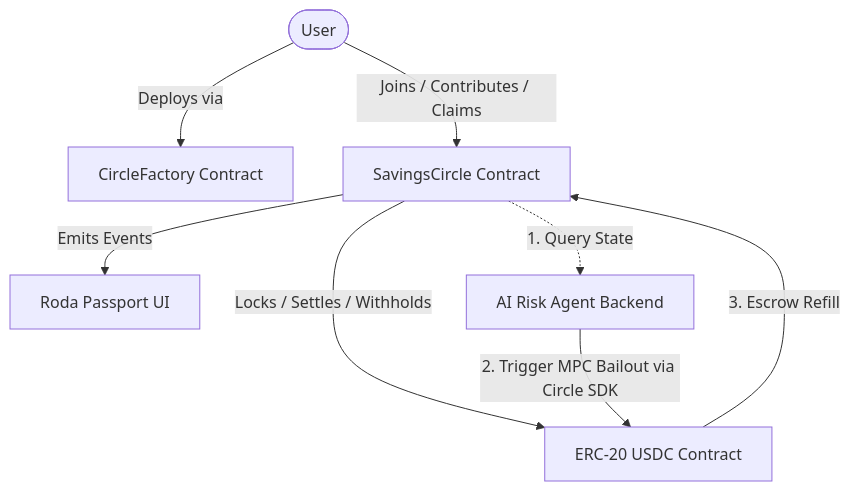
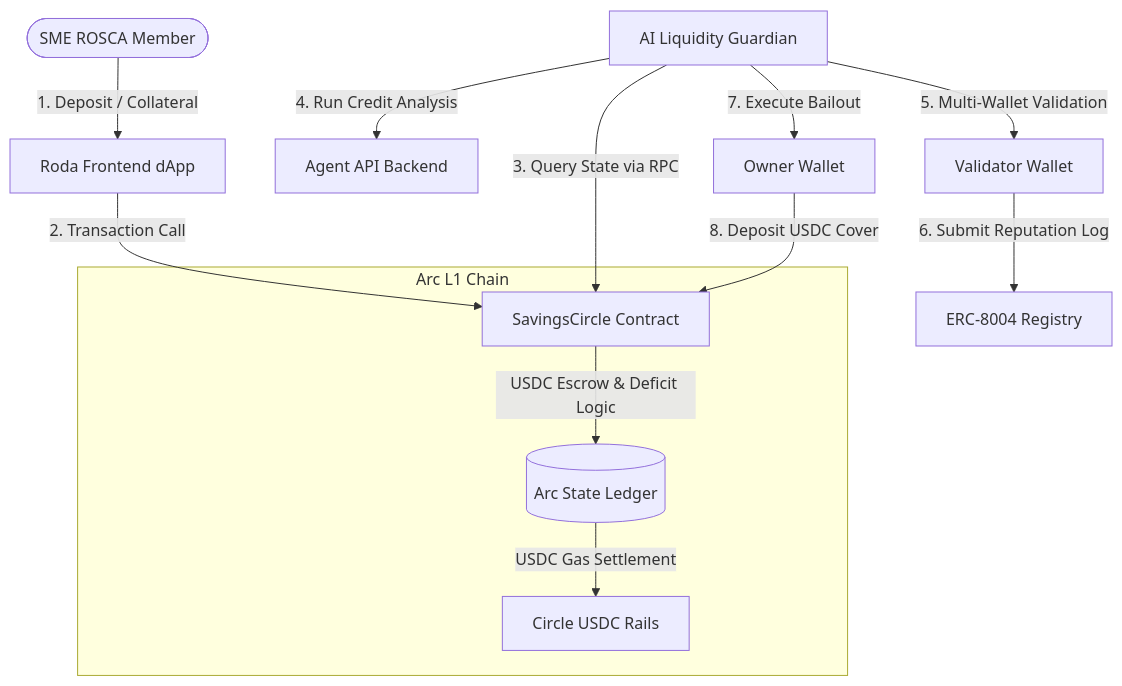
One commit to Lesnak1/Roda changed the diagram in README.md. Above: the diagram before and after it, drawn with Mermaid. The commit also changed other lines of this file and 7 other files, not shown here.

````diff
--- a/README.md
+++ b/README.md
@@ -35,18 +36,19 @@
 ```mermaid
-flowchart TD
-    User([User])
-    Factory[CircleFactory Contract]
-    Circle[SavingsCircle Contract]
-    USDC[ERC-20 USDC Contract]
-    Rep[Roda Passport UI]
-    AIAgent[AI Risk Agent Backend]
+graph TD
+    User([SME ROSCA Member]) -->|1. Deposit / Collateral| WebApp[Roda Frontend dApp]
+    WebApp -->|2. Transaction Call| Circle[SavingsCircle Contract]
+    
+    subgraph Arc L1 Chain
+        Circle -->|USDC Escrow & Deficit Logic| Ledger[(Arc State Ledger)]
+        Ledger -->|USDC Gas Settlement| CircleSDK[Circle USDC Rails]
+    end
 
-    User -->|Deploys via| Factory
-    User -->|Joins / Contributes / Claims| Circle
-    Circle -->|Locks / Settles / Withholds| USDC
-    Circle -->|Emits Events| Rep
+    AIAgent[AI Liquidity Guardian] -->|3. Query State via RPC| Circle
+    AIAgent -->|4. Run Credit Analysis| Backend[Agent API Backend]
     
-    Circle -.->|1. Query State| AIAgent
-    AIAgent -->|2. Trigger MPC Bailout via Circle SDK| USDC
-    USDC -->|3. Escrow Refill| Circle
+    AIAgent -->|5. Multi-Wallet Validation| ValidWallet[Validator Wallet]
+    ValidWallet -->|6. Submit Reputation Log| Reputation[ERC-8004 Registry]
+    
+    AIAgent -->|7. Execute Bailout| OwnerWallet[Owner Wallet]
+    OwnerWallet -->|8. Deposit USDC Cover| Circle
 ```
````
